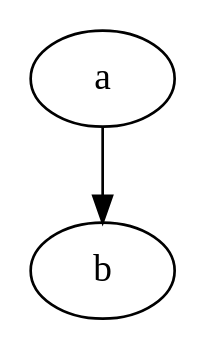
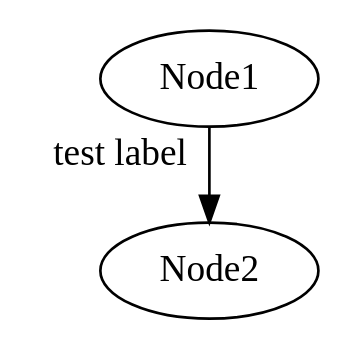
One commit to paulejarvis/Playbook changed the diagram in People/Finance.gv. Above: the diagram before and after it, drawn with Graphviz. The commit also changed 4 other files, not shown here.

```diff
--- a/People/Finance.gv
+++ b/People/Finance.gv
@@ -1,23 +1,27 @@
 digraph Finance {
 
 /* Graph */
 
   /*
   *rankdir=LR (right to left; good for process not org chart or network diagram)
   *splines=ortho (right angles)
   *
   *
   */
 
 /* Nodes */
 
+
+
 /* Edges */
 
-    a -> b;
+    "Node1" -> "Node2" [
+      xlabel = "test label"
+    ]
 
   }
 
 /* Notes */
 /*
 *
 */
```
